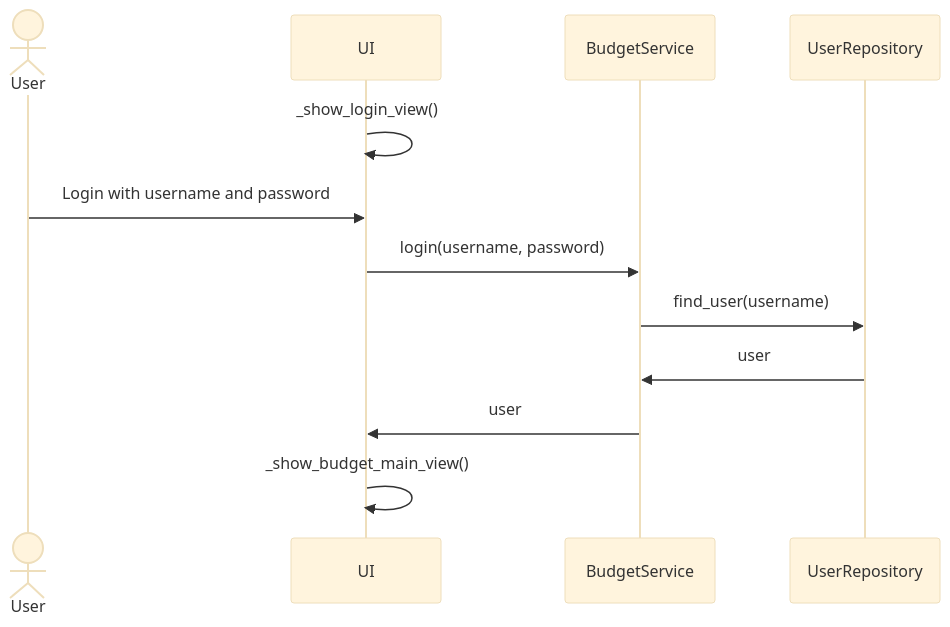
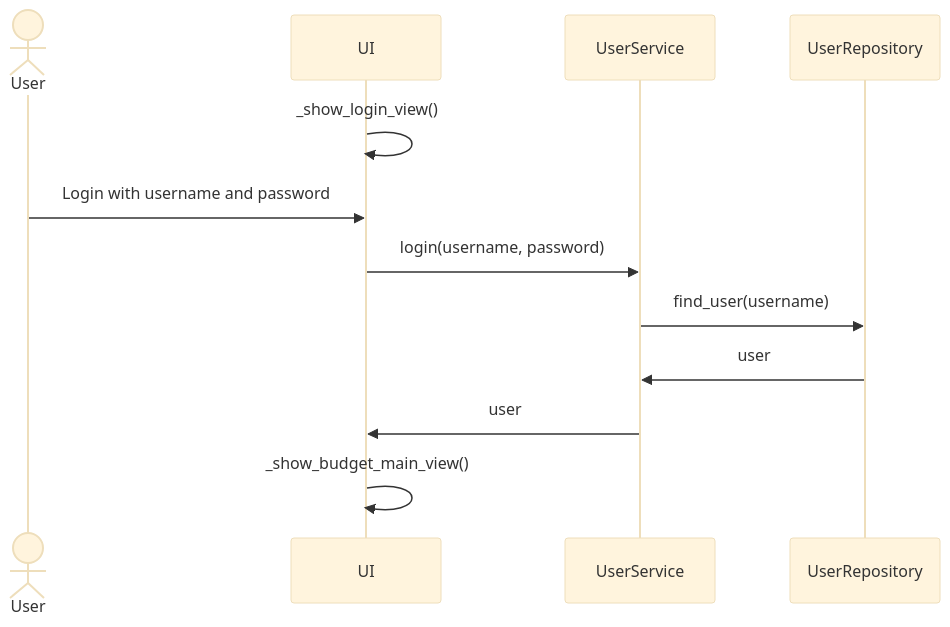
One commit to jensjvh/ot-harjoitusty- changed the second of 3 diagrams in dokumentaatio/arkkitehtuuri.md. Above: the diagram before and after it, drawn with Mermaid (base theme). The commit also changed other lines of this file, not shown here.

````diff
--- a/dokumentaatio/arkkitehtuuri.md
+++ b/dokumentaatio/arkkitehtuuri.md
@@ -17,14 +21,14 @@
 ```mermaid
 sequenceDiagram
     actor User
     participant UI
-    participant BudgetService
+    participant UserService
     participant UserRepository
     UI->>UI: _show_login_view()
     User->>UI: Login with username and password
-    UI->>BudgetService: login(username, password)
-    BudgetService->>UserRepository: find_user(username)
-    UserRepository->>BudgetService: user
-    BudgetService->>UI: user
+    UI->>UserService: login(username, password)
+    UserService->>UserRepository: find_user(username)
+    UserRepository->>UserService: user
+    UserService->>UI: user
     UI->>UI: _show_budget_main_view()
 ```
````
